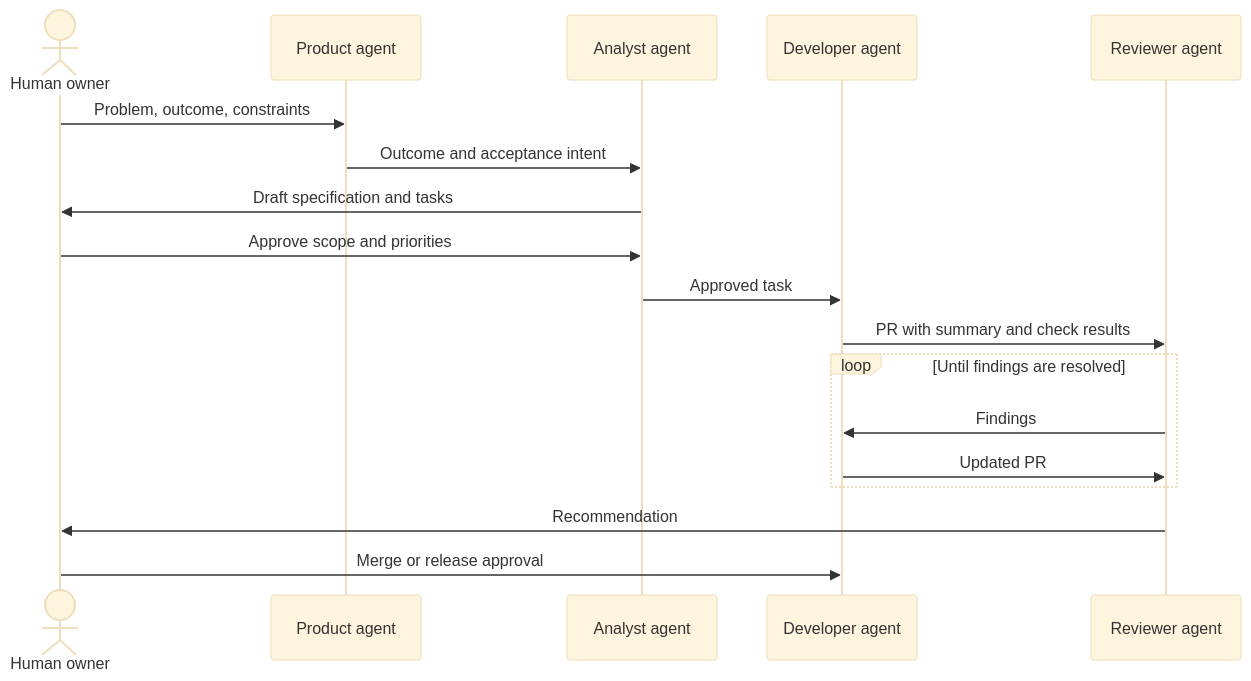
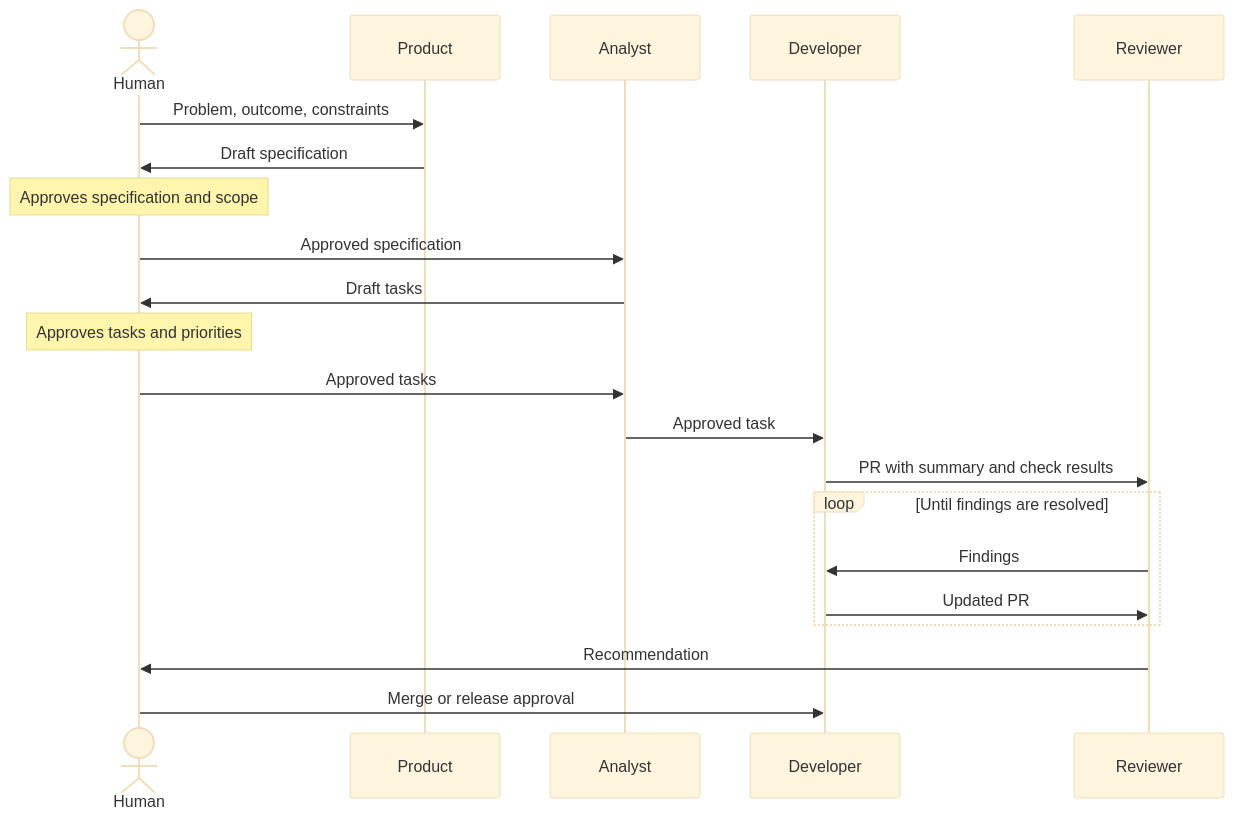
One commit to ho-henry-senior/ai-wiki changed the diagram in content/articles/agent-role-boundaries.md. Above: the diagram before and after it, drawn with Mermaid (base theme). The commit also changed 2 other files, not shown here.

Commit message:
Audit explanatory diagrams for correctness and legibility (#260)
* Audit explanatory diagrams for correctness and legibility

Simplifies the coding-agent components diagram so its text is legible,
corrects the agile-roles handoff to match the RACI table, and removes a
misleading skills arrow from the repository diagram.

Closes #253

Claude-Session: https://claude.ai/code/session_01JnQ9CfsMTdhZCkoVjbip6H

* Make the human's approvals explicit in the handoffs diagram

Claude-Session: https://claude.ai/code/session_01JnQ9CfsMTdhZCkoVjbip6H

---------

````diff
--- a/content/articles/agent-role-boundaries.md
+++ b/content/articles/agent-role-boundaries.md
@@ -39,21 +39,24 @@
 ```mermaid
 sequenceDiagram
-    actor Human as Human owner
-    participant Product as Product agent
-    participant BA as Analyst agent
-    participant Dev as Developer agent
-    participant Reviewer as Reviewer agent
+    actor Human
+    participant Product
+    participant BA as Analyst
+    participant Dev as Developer
+    participant Reviewer
 
     Human->>Product: Problem, outcome, constraints
-    Product->>BA: Outcome and acceptance intent
-    BA->>Human: Draft specification and tasks
-    Human->>BA: Approve scope and priorities
+    Product->>Human: Draft specification
+    Note over Human: Approves specification and scope
+    Human->>BA: Approved specification
+    BA->>Human: Draft tasks
+    Note over Human: Approves tasks and priorities
+    Human->>BA: Approved tasks
     BA->>Dev: Approved task
     Dev->>Reviewer: PR with summary and check results
     loop Until findings are resolved
         Reviewer->>Dev: Findings
         Dev->>Reviewer: Updated PR
     end
     Reviewer->>Human: Recommendation
     Human->>Dev: Merge or release approval
 ```
````
